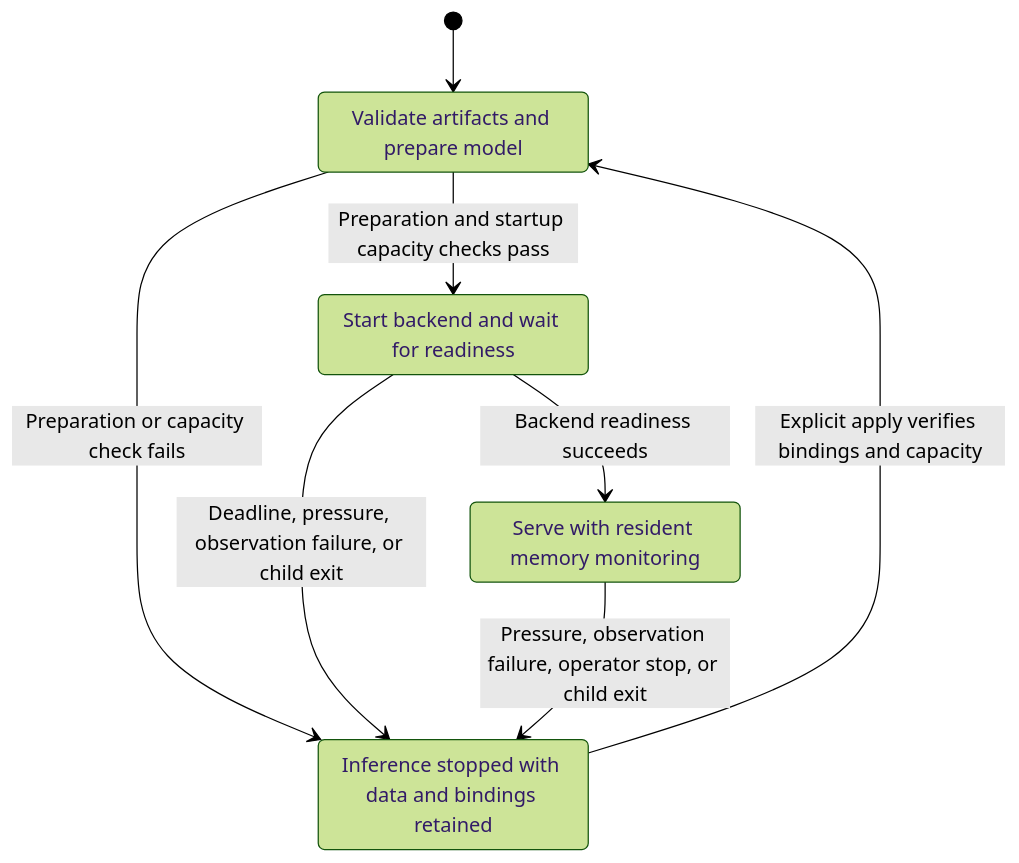
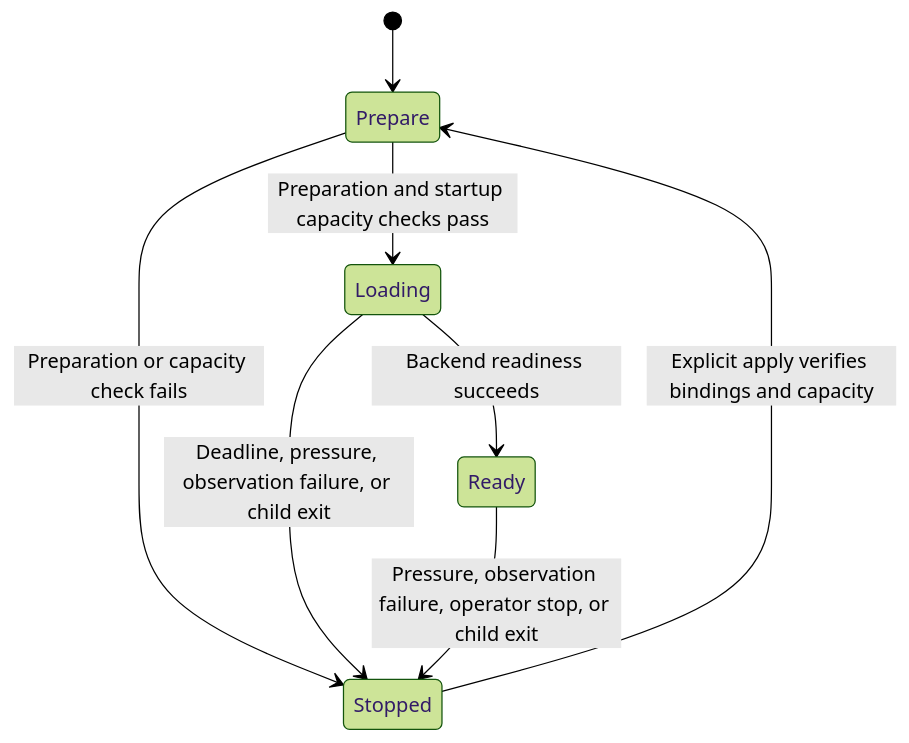
One commit to NVIDIA/NemoClaw changed the diagram in docs/design/runtime.md. Above: the diagram before and after it, drawn with Mermaid (forest theme). The commit also changed other lines of this file and 4 other files, not shown here.

````diff
--- a/docs/design/runtime.md
+++ b/docs/design/runtime.md
@@ -45,14 +37,10 @@
 ```mermaid
 stateDiagram-v2
     [*] --> Prepare
-    Prepare: Validate artifacts and prepare model
-    Loading: Start backend and wait for readiness
-    Ready: Serve with resident memory monitoring
-    Stopped: Inference stopped with data and bindings retained
     Prepare --> Loading: Preparation and startup capacity checks pass
     Prepare --> Stopped: Preparation or capacity check fails
     Loading --> Ready: Backend readiness succeeds
     Loading --> Stopped: Deadline, pressure, observation failure, or child exit
     Ready --> Stopped: Pressure, observation failure, operator stop, or child exit
     Stopped --> Prepare: Explicit apply verifies bindings and capacity
 ```
````
